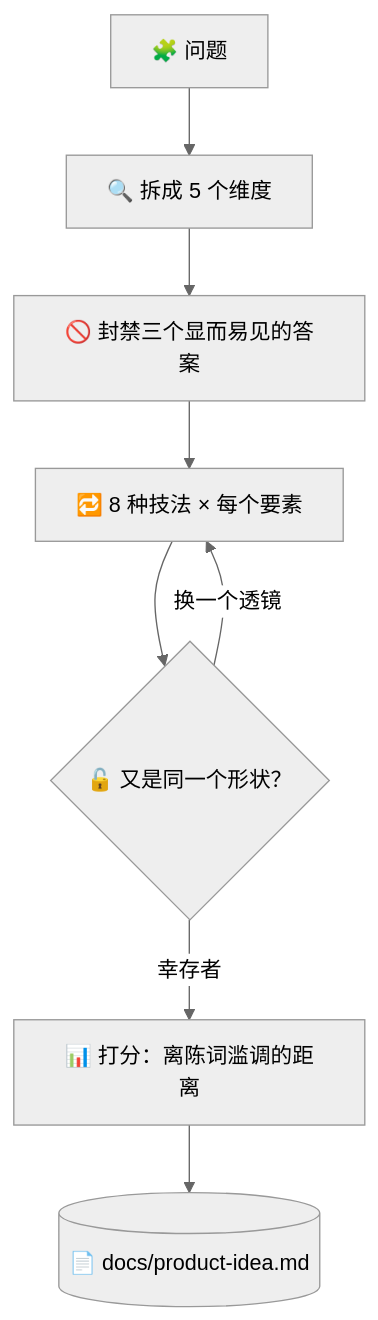
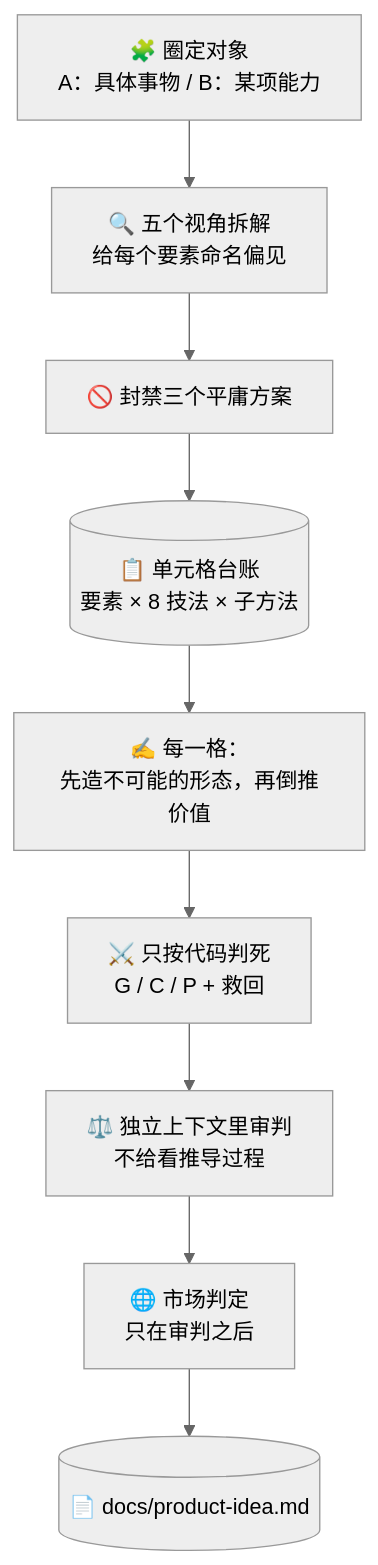
The diagram in skills/superforge-brain/README.zh-CN.md (takaoumehara/superforge-skill), drawn with Mermaid (neutral theme) before and after one commit. The commit also changed other lines of this file and 71 other files, not shown here.

````diff
--- a/skills/superforge-brain/README.zh-CN.md
+++ b/skills/superforge-brain/README.zh-CN.md
@@ -23,10 +27,11 @@
 ```mermaid
 flowchart TD
-    P[🧩 问题] --> A[🔍 拆成 5 个维度]
-    A --> B[🚫 封禁三个显而易见的答案]
-    B --> C[🔁 8 种技法 × 每个要素]
-    C --> E{🔓 又是同一个形状？}
-    E -->|换一个透镜| C
-    E -->|幸存者| F[📊 打分：离陈词滥调的距离]
-    F --> G[(📄 docs/product-idea.md)]
+    A[🧩 圈定对象<br/>A：具体事物 / B：某项能力] --> B[🔍 五个视角拆解<br/>给每个要素命名偏见]
+    B --> C[🚫 封禁三个平庸方案]
+    C --> D[(📋 单元格台账<br/>要素 × 8 技法 × 子方法)]
+    D --> E[✍️ 每一格：<br/>先造不可能的形态，再倒推价值]
+    E --> F[⚔️ 只按代码判死<br/>G / C / P + 救回]
+    F --> G[⚖️ 独立上下文里审判<br/>不给看推导过程]
+    G --> H[🌐 市场判定<br/>只在审判之后]
+    H --> I[(📄 docs/product-idea.md)]
 ```
````
